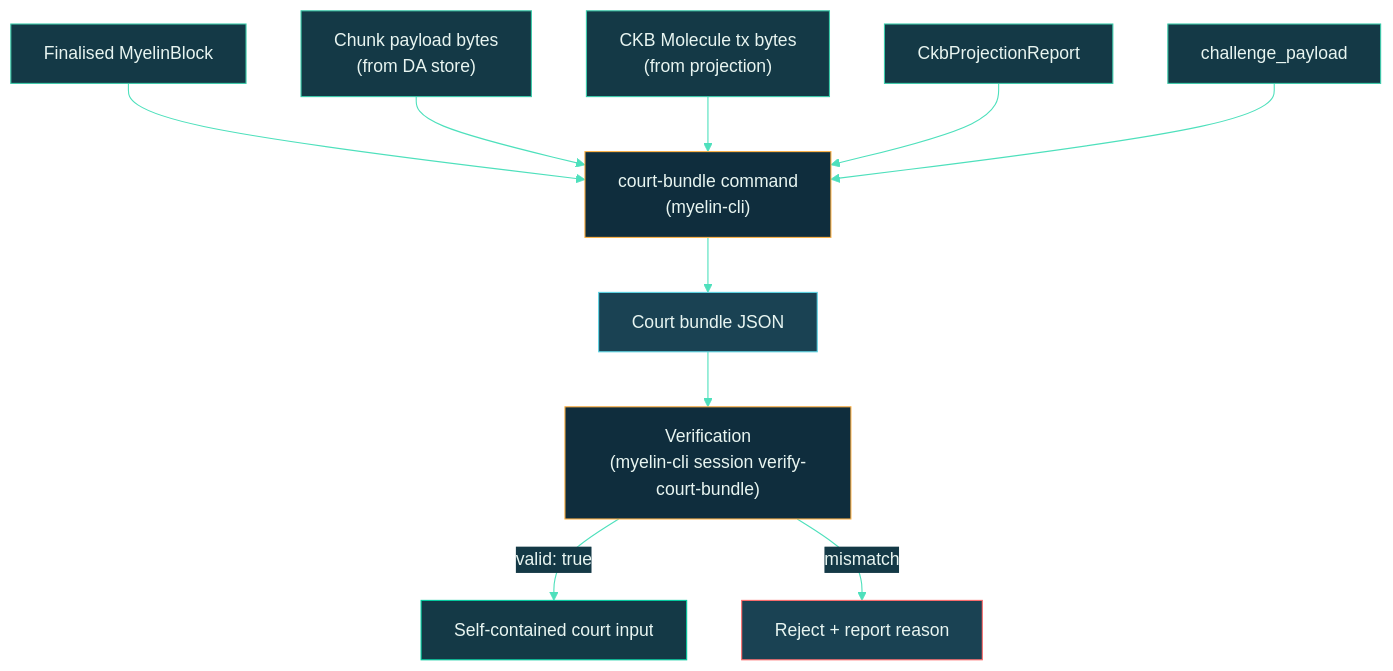
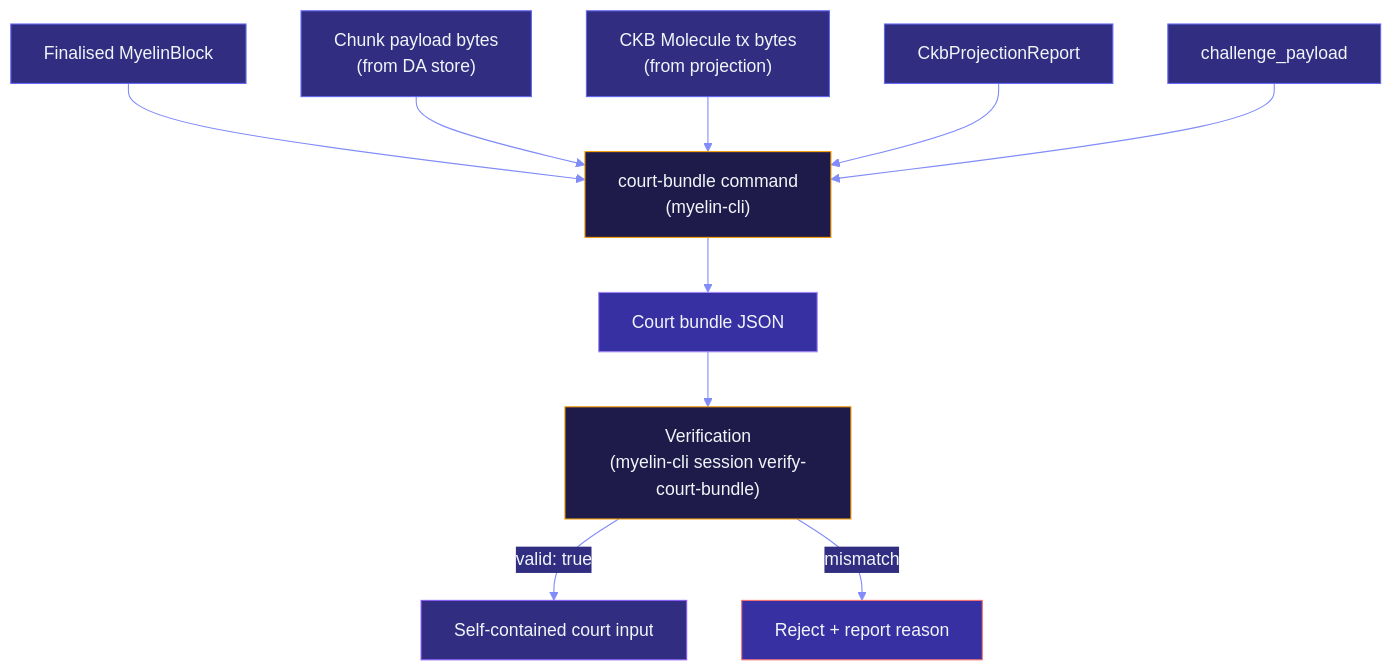
The first of 2 diagrams in docs/interactions/court-path.md (Myelin-Labs/Myelin), drawn with Mermaid before and after one commit. The commit also changed other lines of this file and 31 other files, not shown here.

````diff
--- a/docs/interactions/court-path.md
+++ b/docs/interactions/court-path.md
@@ -66,39 +66,39 @@
 ```mermaid
 %%{init: {
   "theme": "base",
   "themeVariables": {
-    "primaryColor": "#0F2D3D",
-    "primaryTextColor": "#E8F5F1",
-    "primaryBorderColor": "#3CCBAA",
-    "lineColor": "#4EE0BC",
-    "secondaryColor": "#143946",
-    "tertiaryColor": "#1A4253"
+    "primaryColor": "#1E1B4B",
+    "primaryTextColor": "#F1F5F9",
+    "primaryBorderColor": "#6366F1",
+    "lineColor": "#818CF8",
+    "secondaryColor": "#312E81",
+    "tertiaryColor": "#3730A3"
   }
 }}%%
 flowchart TB
     A["Finalised MyelinBlock"]:::l2
     B["Chunk payload bytes<br/>(from DA store)"]:::l2
     C["CKB Molecule tx bytes<br/>(from projection)"]:::l2
     D["CkbProjectionReport"]:::l2
     E["challenge_payload"]:::l2
     F["court-bundle command<br/>(myelin-cli)"]:::cli
 
     G["Court bundle JSON"]:::bundle
     H["Verification<br/>(myelin-cli session verify-court-bundle)"]:::cli
 
     A --> F
     B --> F
     C --> F
     D --> F
     E --> F
     F --> G
     G --> H
     H -->|valid: true| I["Self-contained court input"]:::good
     H -->|mismatch| J["Reject + report reason"]:::bad
 
-    classDef l2     fill:#143946,stroke:#3CCBAA,color:#E8F5F1;
-    classDef cli    fill:#0F2D3D,stroke:#FFB347,color:#E8F5F1;
-    classDef bundle fill:#1A4253,stroke:#5DD4E5,color:#E8F5F1;
-    classDef good   fill:#143946,stroke:#00CC9F,color:#E8F5F1;
-    classDef bad    fill:#1A4253,stroke:#FF6B6B,color:#E8F5F1;
+    classDef l2     fill:#312E81,stroke:#6366F1,color:#F1F5F9;
+    classDef cli    fill:#1E1B4B,stroke:#F59E0B,color:#F1F5F9;
+    classDef bundle fill:#3730A3,stroke:#A78BFA,color:#F1F5F9;
+    classDef good   fill:#312E81,stroke:#8B5CF6,color:#F1F5F9;
+    classDef bad    fill:#3730A3,stroke:#F87171,color:#F1F5F9;
 ```
````
